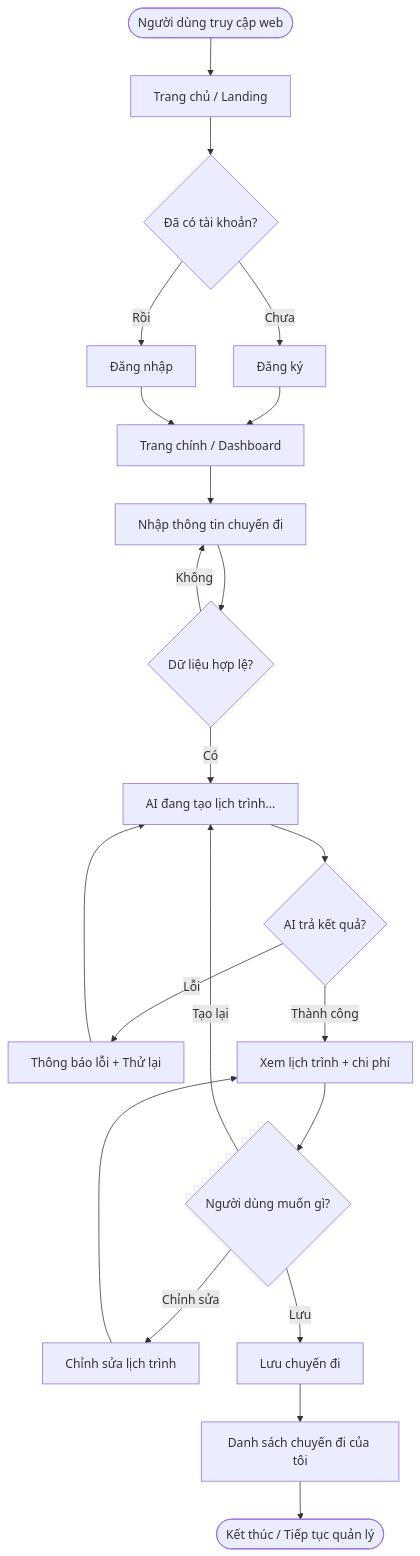
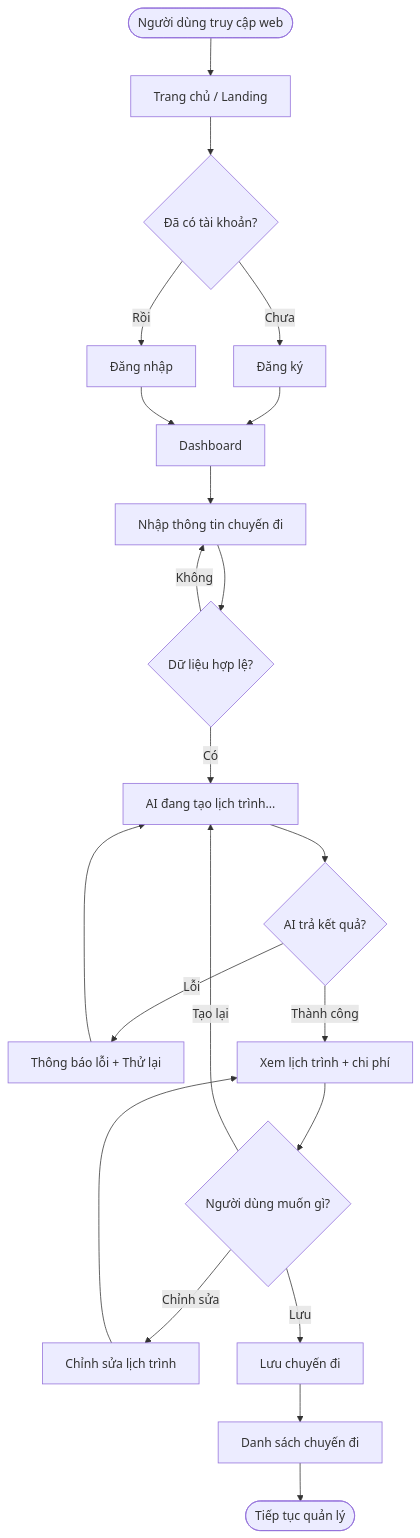
The first of 2 diagrams in docs/4.1-user-flow.md (hongocthaovy0710/TripMindAI), drawn with Mermaid before and after one commit. The commit also changed other lines of this file and 3 other files, not shown here.

````diff
--- a/docs/4.1-user-flow.md
+++ b/docs/4.1-user-flow.md
@@ -22,24 +96,24 @@
 ```mermaid
 flowchart TD
     Start([Người dùng truy cập web]) --> Landing[Trang chủ / Landing]
     Landing --> Auth{Đã có tài khoản?}
     Auth -->|Chưa| Register[Đăng ký]
     Auth -->|Rồi| Login[Đăng nhập]
-    Register --> Dashboard[Trang chính / Dashboard]
+    Register --> Dashboard[Dashboard]
     Login --> Dashboard
     Dashboard --> CreateTrip[Nhập thông tin chuyến đi]
     CreateTrip --> Validate{Dữ liệu hợp lệ?}
     Validate -->|Không| CreateTrip
     Validate -->|Có| AILoading[AI đang tạo lịch trình...]
     AILoading --> AIResult{AI trả kết quả?}
     AIResult -->|Lỗi| RetryAI[Thông báo lỗi + Thử lại]
     RetryAI --> AILoading
     AIResult -->|Thành công| ViewItinerary[Xem lịch trình + chi phí]
     ViewItinerary --> Decision{Người dùng muốn gì?}
     Decision -->|Chỉnh sửa| EditTrip[Chỉnh sửa lịch trình]
     Decision -->|Tạo lại| AILoading
     Decision -->|Lưu| SaveTrip[Lưu chuyến đi]
     EditTrip --> ViewItinerary
-    SaveTrip --> MyTrips[Danh sách chuyến đi của tôi]
-    MyTrips --> End([Kết thúc / Tiếp tục quản lý])
+    SaveTrip --> MyTrips[Danh sách chuyến đi]
+    MyTrips --> End([Tiếp tục quản lý])
 ```
````
